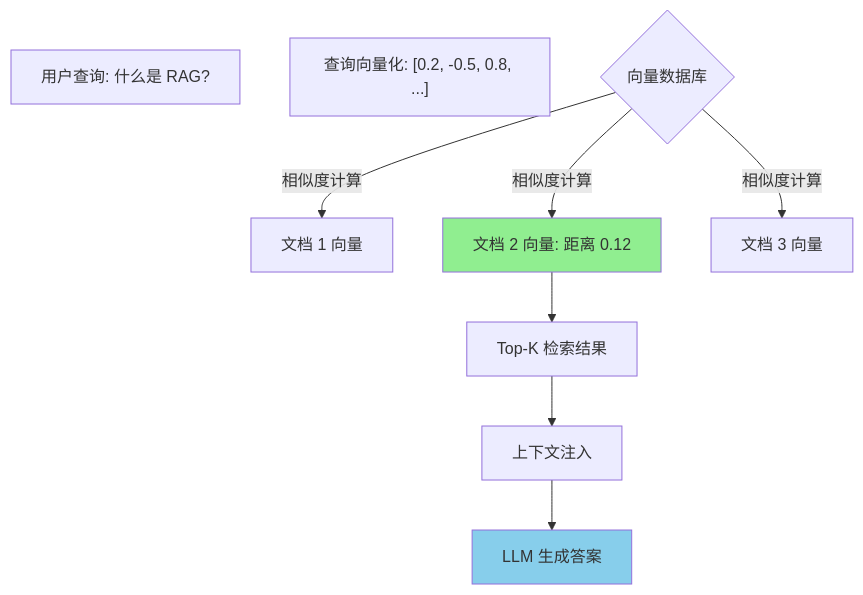
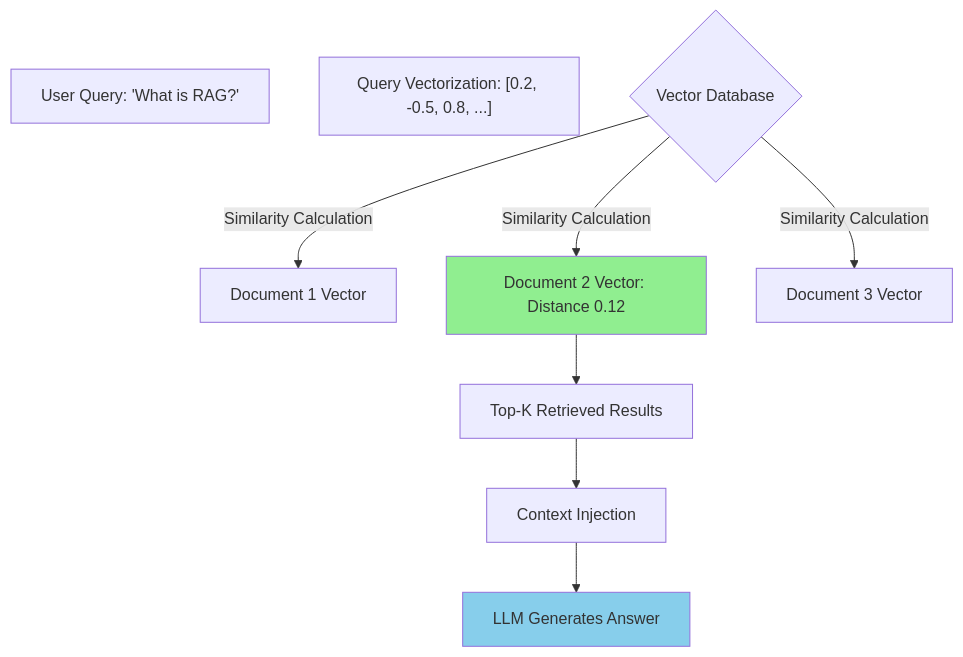
Before and after one commit to YiWang24/AiDIY: the second of 15 diagrams in docs/ai/rag/01-introduction.mdx, drawn with Mermaid. The commit also changed other lines of this file and 10 other files, not shown here.

First line of the commit message:
docs: enhance RAG documentation and fix Mermaid diagrams

````diff
--- a/docs/ai/rag/01-introduction.mdx
+++ b/docs/ai/rag/01-introduction.mdx
@@ -98,20 +98,20 @@
 ```mermaid
 flowchart TB
-    A["用户查询: "什么是 RAG?""]
-    B["查询向量化: [0.2, -0.5, 0.8, ...]"]
-    C{"向量数据库"}
-    D["文档 1 向量"]
-    E["文档 2 向量: 距离 0.12"]
-    F["文档 3 向量"]
+    A["User Query: 'What is RAG?'"]
+    B["Query Vectorization: [0.2, -0.5, 0.8, ...]"]
+    C{"Vector Database"}
+    D["Document 1 Vector"]
+    E["Document 2 Vector: Distance 0.12"]
+    F["Document 3 Vector"]
 
-    C -->|相似度计算| D
-    C -->|相似度计算| E
-    C -->|相似度计算| F
+    C -->|Similarity Calculation| D
+    C -->|Similarity Calculation| E
+    C -->|Similarity Calculation| F
 
-    E --> G["Top-K 检索结果"]
-    G --> H["上下文注入"]
-    H --> I["LLM 生成答案"]
+    E --> G["Top-K Retrieved Results"]
+    G --> H["Context Injection"]
+    H --> I["LLM Generates Answer"]
 
     style E fill:#90EE90
     style I fill:#87CEEB
 ```
````
